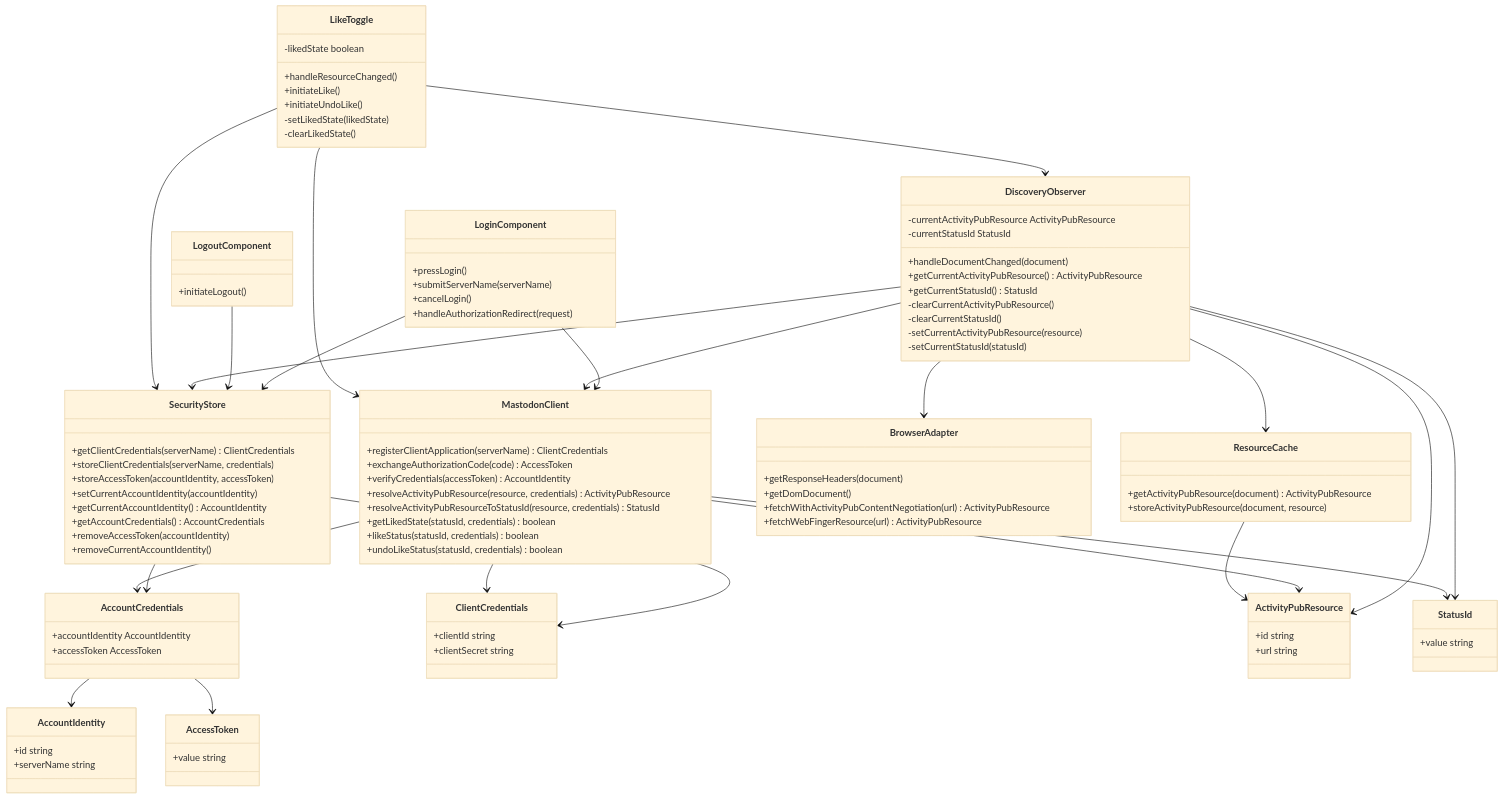
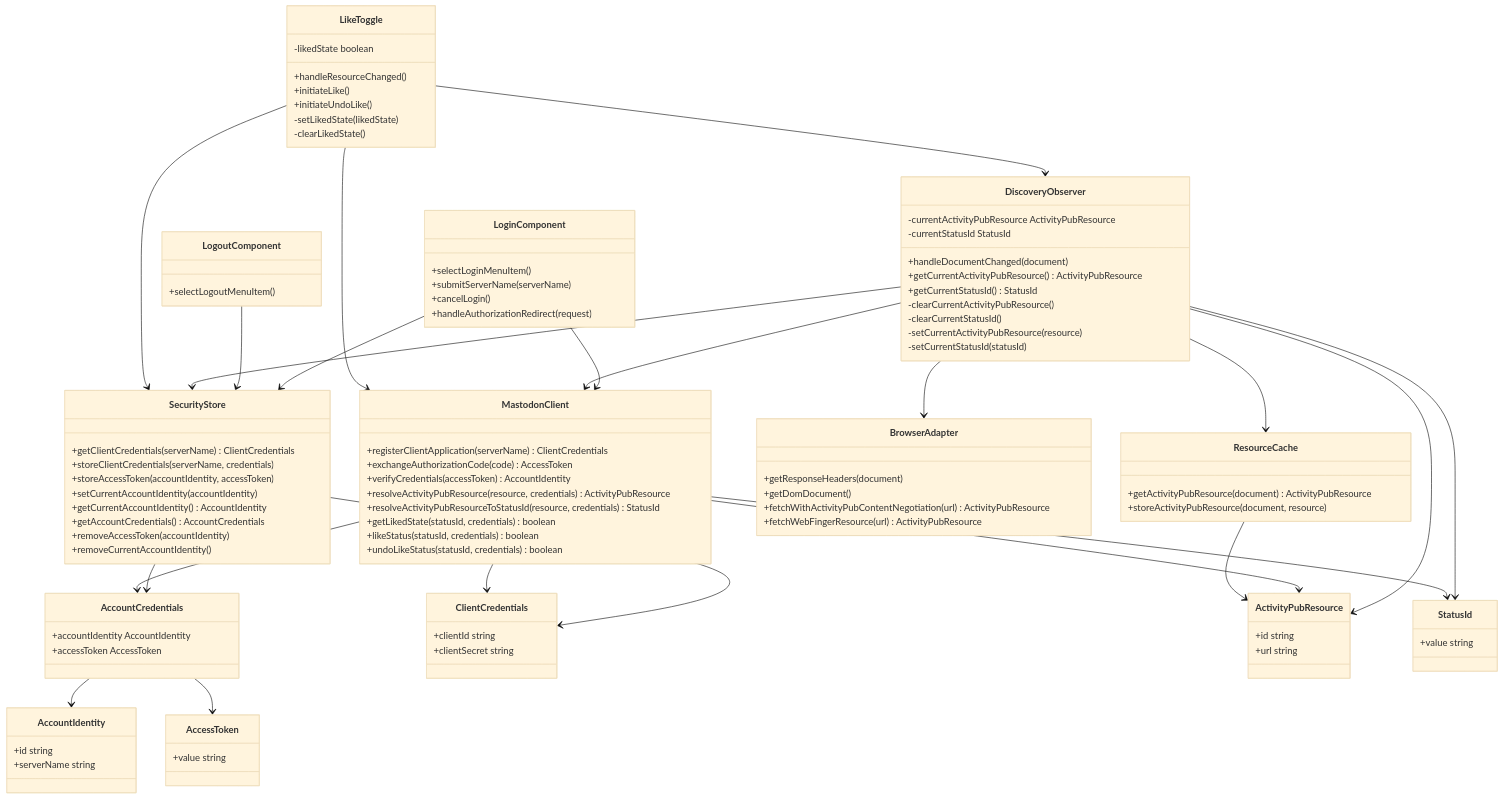
The diagram in docs/architecture/logical.md (social-web-foundation/activitypub-browser-extension), drawn with Mermaid (base theme) before and after one commit. The commit also changed 2 other files, not shown here.

Commit message:
doc: deployment diagram for physical view

````diff
--- a/docs/architecture/logical.md
+++ b/docs/architecture/logical.md
@@ -3,14 +3,14 @@
 ```mermaid
 classDiagram
     class LoginComponent {
-        +pressLogin()
+        +selectLoginMenuItem()
         +submitServerName(serverName)
         +cancelLogin()
         +handleAuthorizationRedirect(request)
     }
 
     class LogoutComponent {
-        +initiateLogout()
+        +selectLogoutMenuItem()
     }
 
     class DiscoveryObserver {
````
